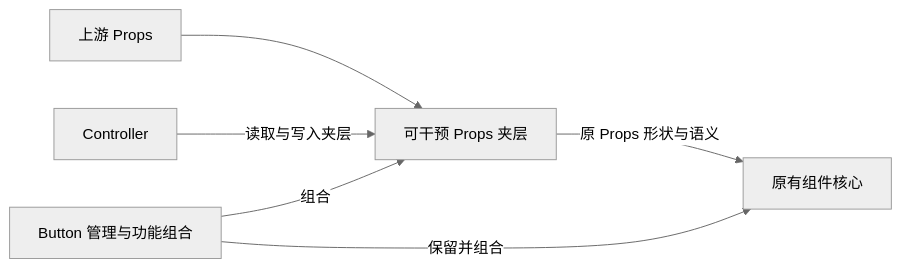
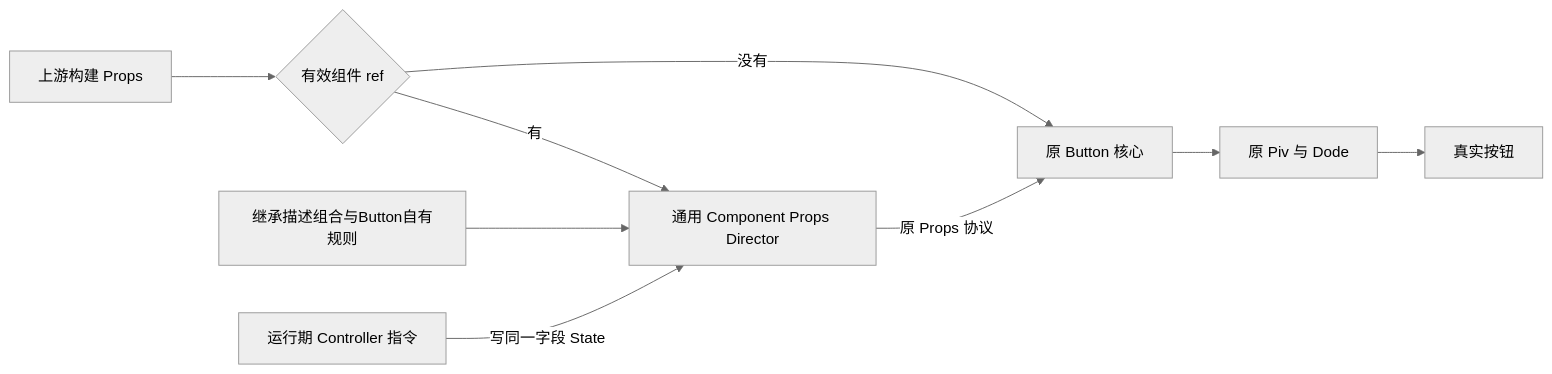
Before and after one commit to edsolater/uikit: the diagram in docs/plans/261030_Button实例与整体控制入口.md, drawn with Mermaid (neutral theme). The commit also changed other lines of this file and 16 other files, not shown here.

Commit message:
✨ componentPropsDirector 层

````diff
--- a/docs/plans/261030_Button实例与整体控制入口.md
+++ b/docs/plans/261030_Button实例与整体控制入口.md
@@ -11,8 +13,11 @@
 ```mermaid
 flowchart LR
-  P[上游 Props] --> M[可干预 Props 夹层]
-  C[Controller] -->|读取与写入夹层| M
-  M -->|原 Props 形状与语义| K[原有组件核心]
-  B[Button 管理与功能组合] -->|组合| M
-  B -->|保留并组合| K
+  U[上游构建 Props] --> G{有效组件 ref}
+  G -->|没有| K[原 Button 核心]
+  G -->|有| H[通用 Component Props Director]
+  D[继承描述组合与Button自有规则] --> H
+  C[运行期 Controller 指令] -->|写同一字段 State| H
+  H -->|原 Props 协议| K
+  K --> P[原 Piv 与 Dode]
+  P --> O[真实按钮]
 ```
````
